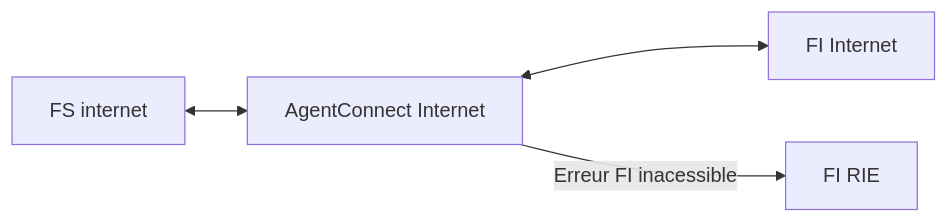
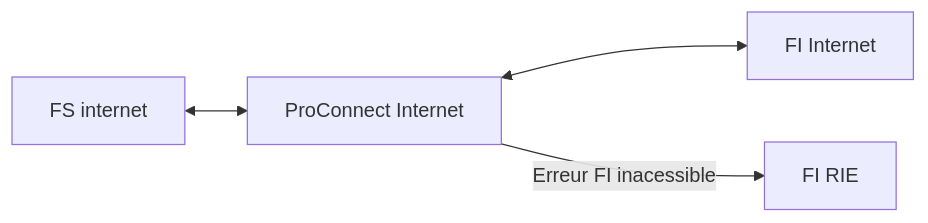
The first of 2 diagrams in doc_fi/plateformes_fi.md (numerique-gouv/proconnect-documentation), drawn with Mermaid before and after one commit. The commit also changed other lines of this file and 18 other files, not shown here.

Commit message:
rename agent-connect to proconnect everywhere

````diff
--- a/doc_fi/plateformes_fi.md
+++ b/doc_fi/plateformes_fi.md
@@ -39,6 +39,6 @@
 ```mermaid
 flowchart LR
-    FS2[FS internet] <--> AC2[AgentConnect Internet]
+    FS2[FS internet] <--> AC2[ProConnect Internet]
     AC2 <--> FI2[FI Internet]
     AC2 --> |Erreur FI inacessible| FI1[FI RIE]
 ```
````
